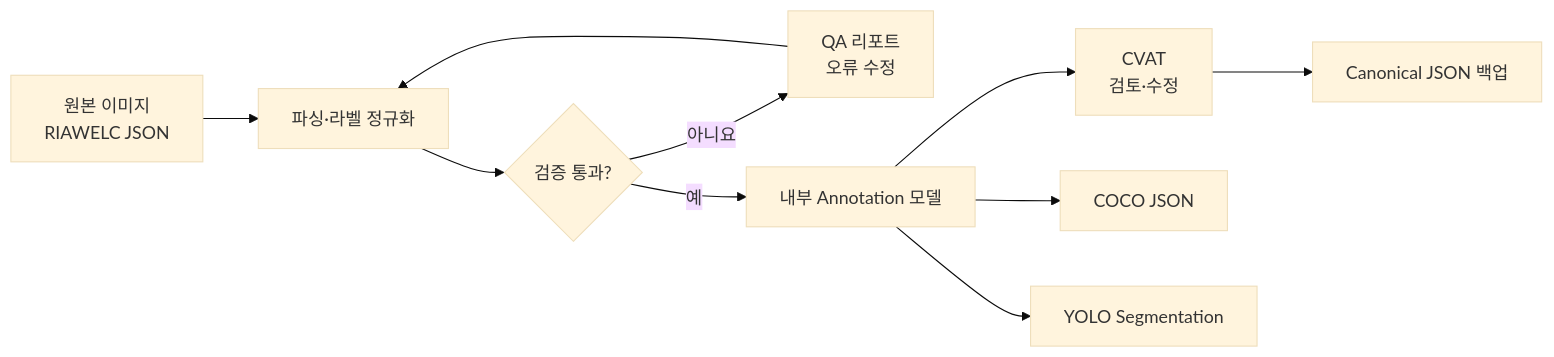
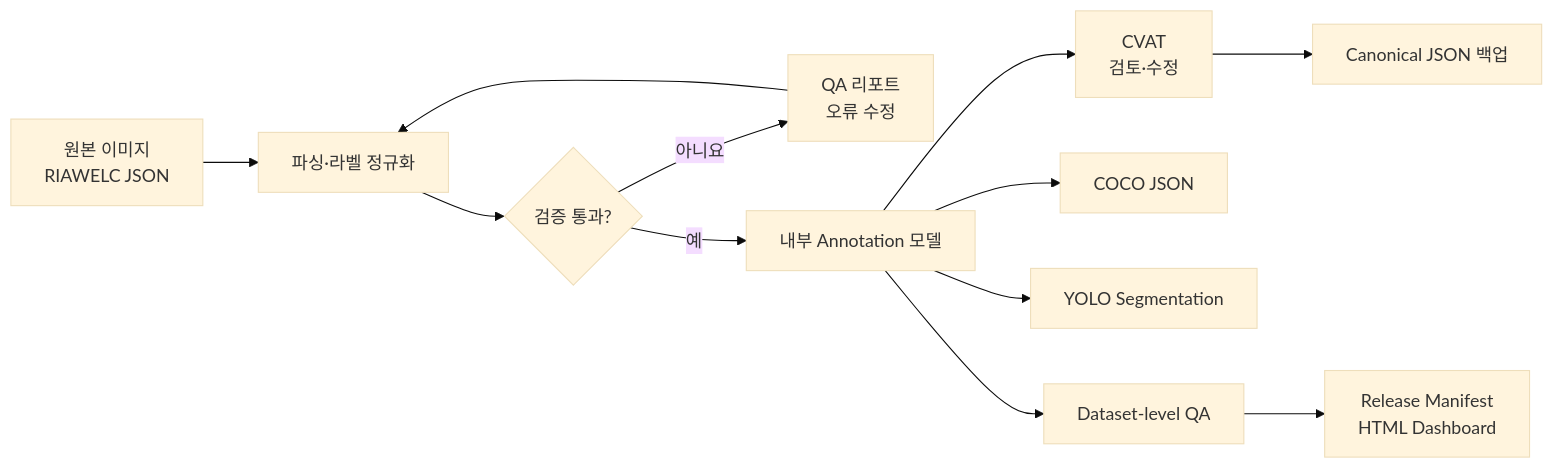
The diagram in README.md (hoilycat/welding-annotation-qa), drawn with Mermaid (base theme) before and after one commit. The commit also changed other lines of this file and 8 other files, not shown here.

Commit message:
feat: add Phase 3 QA dashboard and release manifest

````diff
--- a/README.md
+++ b/README.md
@@ -120,15 +126,17 @@
 ```mermaid
 flowchart LR
     A["원본 이미지<br/>RIAWELC JSON"] --> B["파싱·라벨 정규화"]
     B --> C{"검증 통과?"}
 
     C -- "아니요" --> D["QA 리포트<br/>오류 수정"]
     D --> B
 
     C -- "예" --> E["내부 Annotation 모델"]
     E --> F["CVAT<br/>검토·수정"]
     E --> G["COCO JSON"]
     E --> H["YOLO Segmentation"]
+    E --> J["Dataset-level QA"]
+    J --> K["Release Manifest<br/>HTML Dashboard"]
 
     F --> I["Canonical JSON 백업"]
 ```
````
